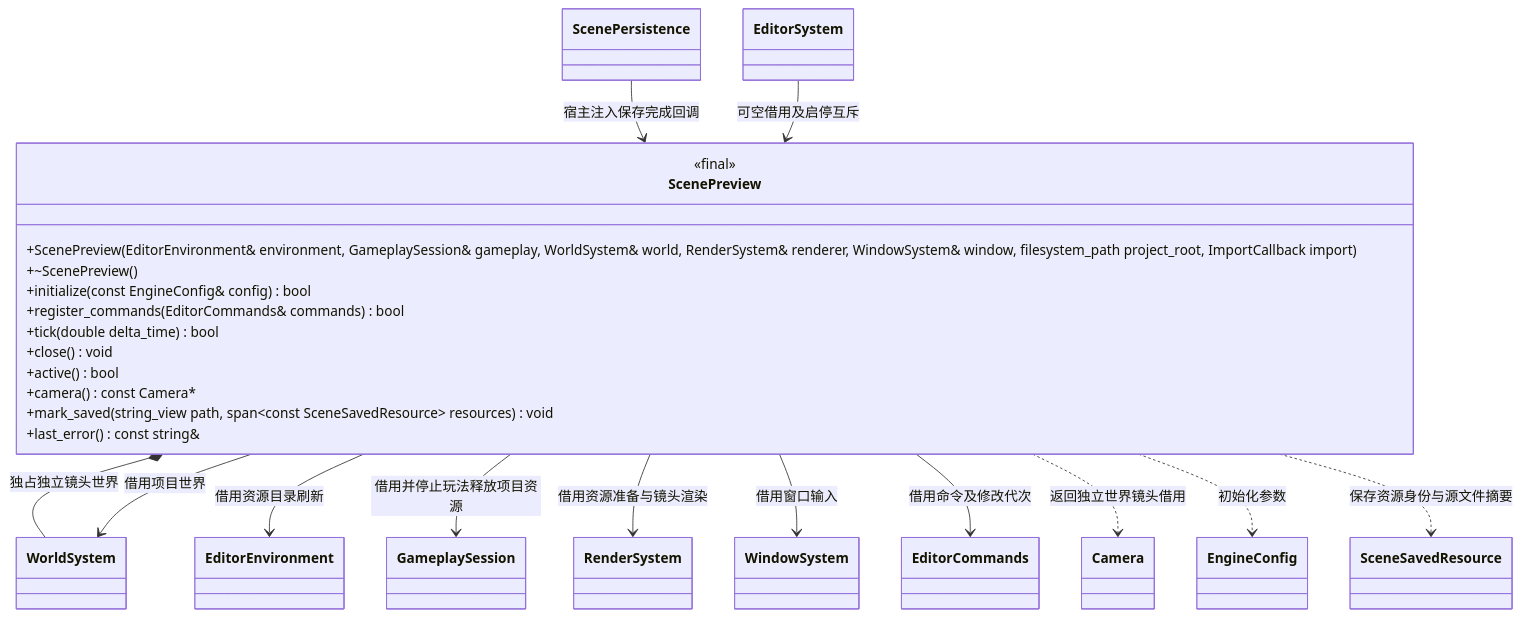
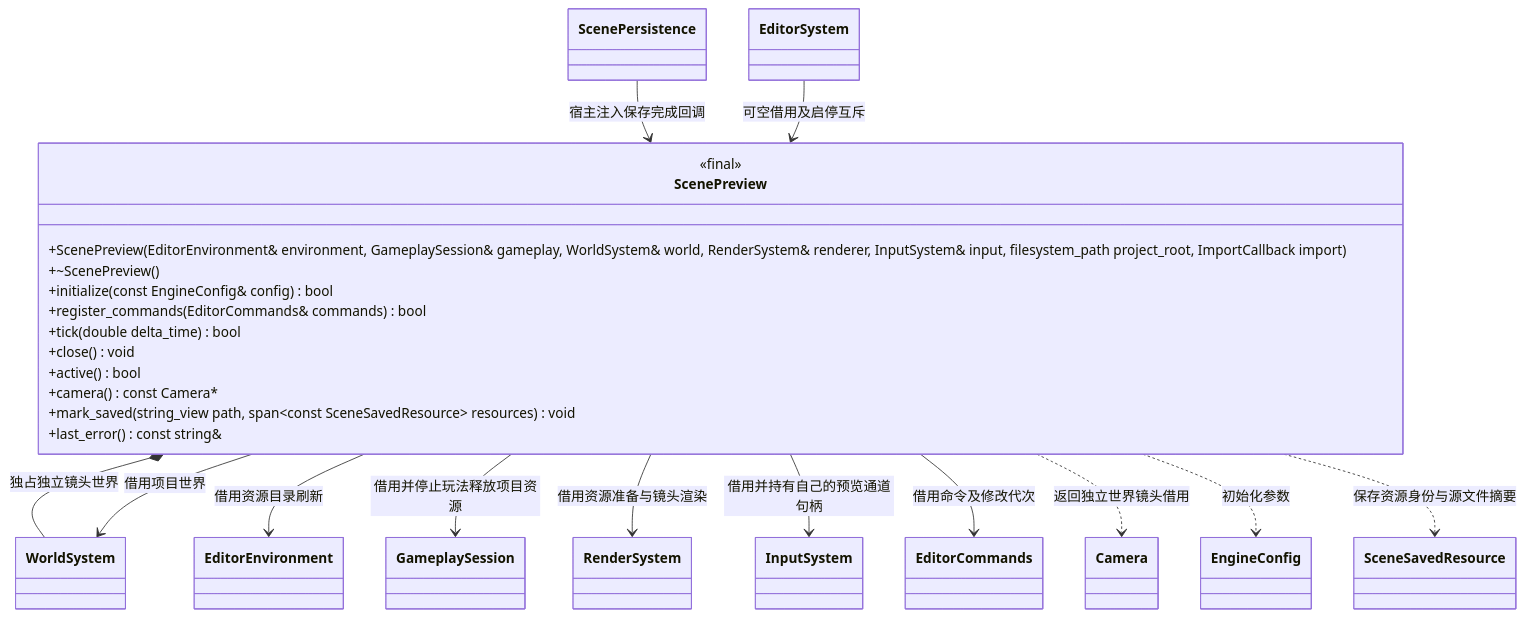
Before and after one commit to lcals/Engine: the diagram in docs/editor/class-diagrams/scene-preview.md, drawn with Mermaid. The commit also changed other lines of this file and 64 other files, not shown here.

````diff
--- a/docs/editor/class-diagrams/scene-preview.md
+++ b/docs/editor/class-diagrams/scene-preview.md
@@ -7,39 +7,39 @@
 ```mermaid
 classDiagram
     class ScenePreview {
         <<final>>
-        +ScenePreview(EditorEnvironment& environment, GameplaySession& gameplay, WorldSystem& world, RenderSystem& renderer, WindowSystem& window, filesystem_path project_root, ImportCallback import)
+        +ScenePreview(EditorEnvironment& environment, GameplaySession& gameplay, WorldSystem& world, RenderSystem& renderer, InputSystem& input, filesystem_path project_root, ImportCallback import)
         +~ScenePreview()
         +initialize(const EngineConfig& config) bool
         +register_commands(EditorCommands& commands) bool
         +tick(double delta_time) bool
         +close() void
         +active() bool
         +camera() const Camera#42;
         +mark_saved(string_view path, span~const SceneSavedResource~ resources) void
         +last_error() const string&
     }
     class WorldSystem
     class EditorEnvironment
     class GameplaySession
     class RenderSystem
-    class WindowSystem
+    class InputSystem
     class EditorCommands
     class Camera
     class EngineConfig
     class ScenePersistence
     class SceneSavedResource
     class EditorSystem
     ScenePreview *-- WorldSystem : 独占独立镜头世界
     ScenePreview --> WorldSystem : 借用项目世界
     ScenePreview --> EditorEnvironment : 借用资源目录刷新
     ScenePreview --> GameplaySession : 借用并停止玩法释放项目资源
     ScenePreview --> RenderSystem : 借用资源准备与镜头渲染
-    ScenePreview --> WindowSystem : 借用窗口输入
+    ScenePreview --> InputSystem : 借用并持有自己的预览通道句柄
     ScenePreview --> EditorCommands : 借用命令及修改代次
     ScenePreview ..> Camera : 返回独立世界镜头借用
     ScenePreview ..> EngineConfig : 初始化参数
     ScenePersistence --> ScenePreview : 宿主注入保存完成回调
     ScenePreview ..> SceneSavedResource : 保存资源身份与源文件摘要
     EditorSystem --> ScenePreview : 可空借用及启停互斥
 ```
````
